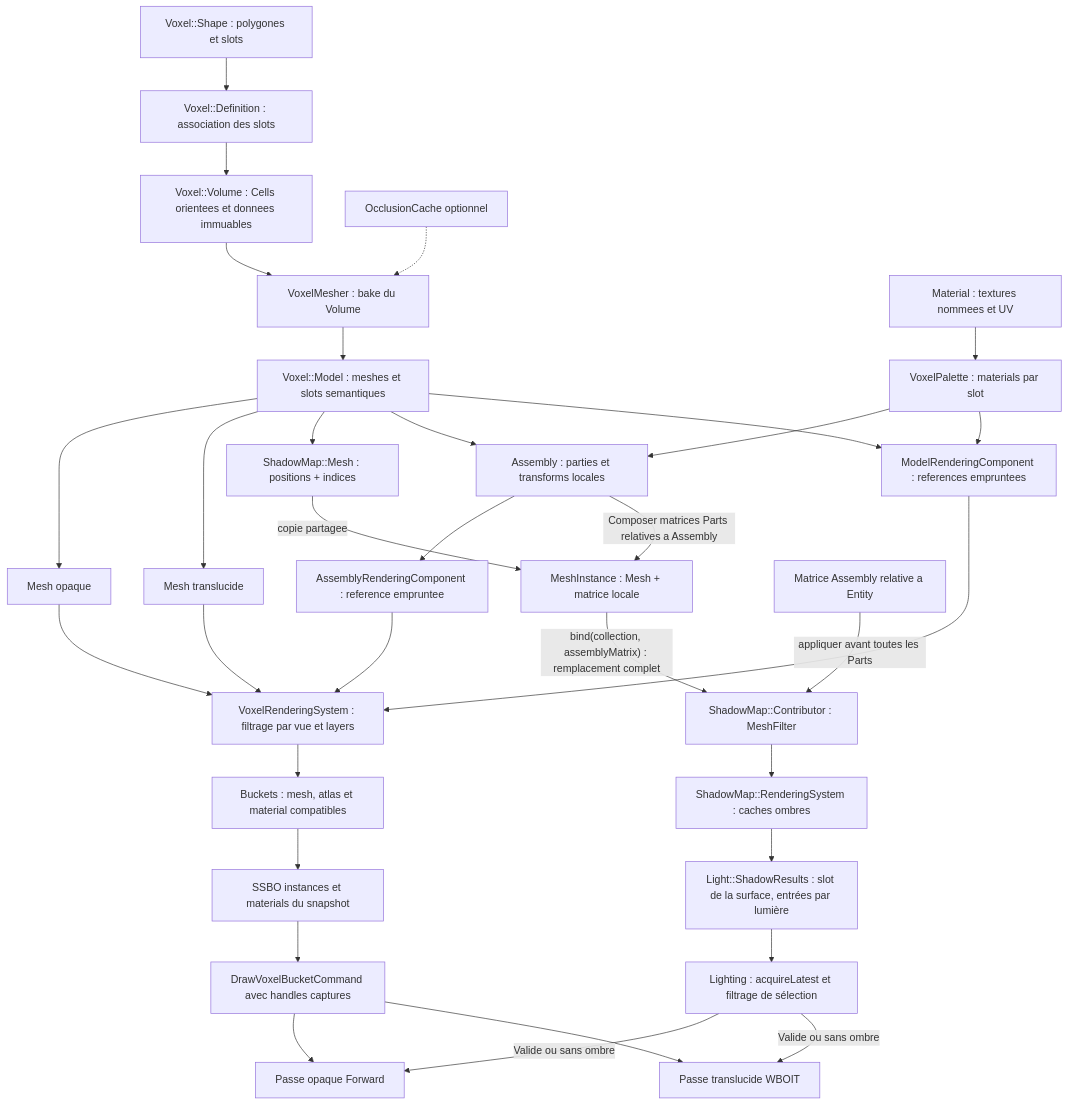
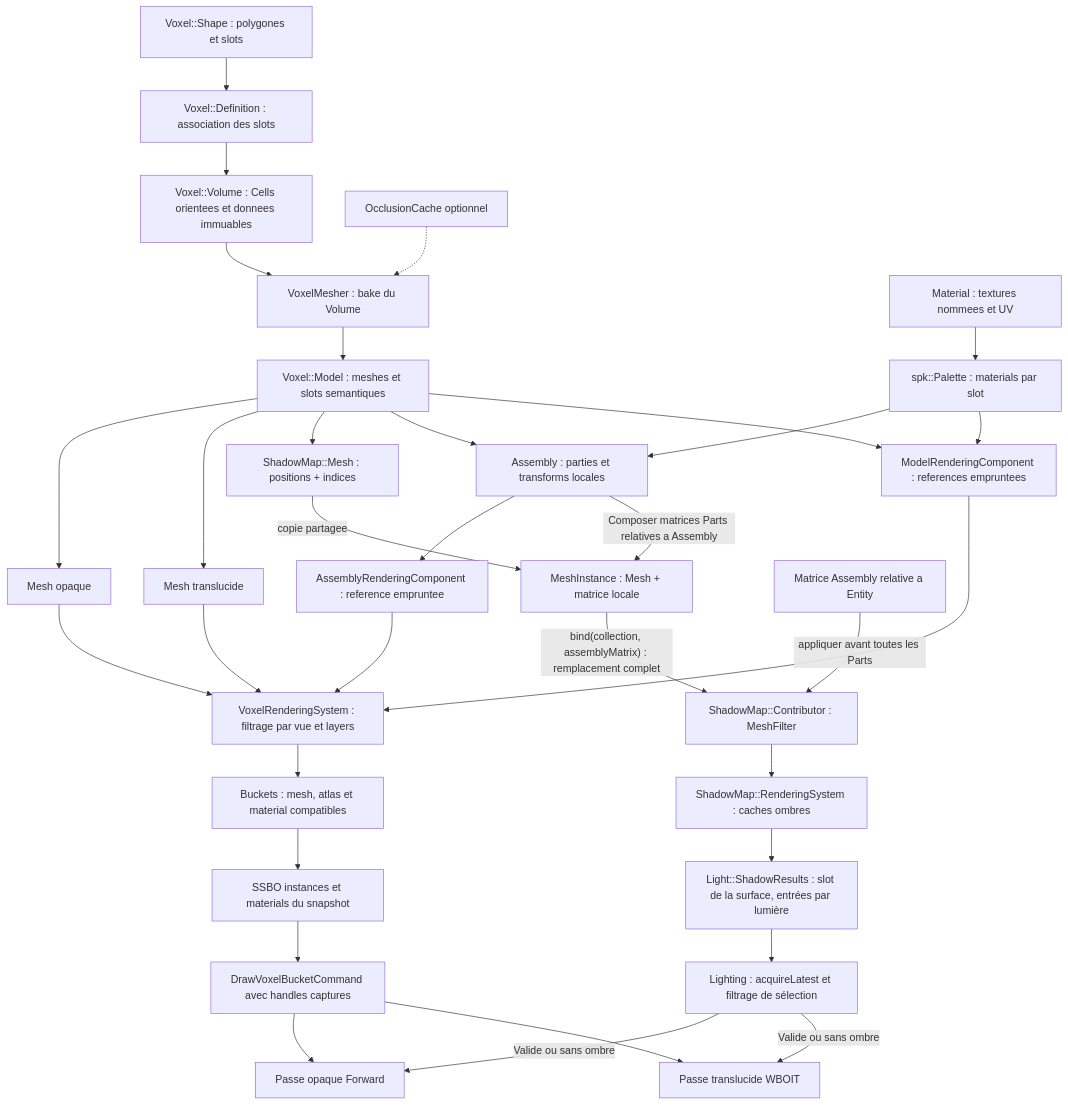
One commit to EreliaStudio/Sparkle changed diagram 20 of 20 in docs/voxel-engine-v0.1.4/08-lumieres-et-ombres.md. Above: the diagram before and after it, drawn with Mermaid. The commit also changed 16 other files, not shown here.

Commit message:
PR-07 — Palette générique et Builder voxel avec validation (#48)

````diff
--- a/docs/voxel-engine-v0.1.4/08-lumieres-et-ombres.md
+++ b/docs/voxel-engine-v0.1.4/08-lumieres-et-ombres.md
@@ -801,35 +801,35 @@
 ```mermaid
 flowchart TD
     Shape["Voxel::Shape : polygones et slots"] --> Definition["Voxel::Definition : association des slots"]
     Definition --> Volume["Voxel::Volume : Cells orientees et donnees immuables"]
     Volume --> Mesher["VoxelMesher : bake du Volume"]
     Occlusion["OcclusionCache optionnel"] -.-> Mesher
     Mesher --> Model["Voxel::Model : meshes et slots semantiques"]
     Model --> Opaque["Mesh opaque"]
     Model --> Translucent["Mesh translucide"]
     Model --> ShadowDepth["ShadowMap::Mesh : positions + indices"]
-    Material["Material : textures nommees et UV"] --> Palette["VoxelPalette : materials par slot"]
+    Material["Material : textures nommees et UV"] --> Palette["spk::Palette : materials par slot"]
     Model --> Assembly["Assembly : parties et transforms locales"]
     Palette --> Assembly
     Model --> ModelComp["ModelRenderingComponent : references empruntees"]
     Palette --> ModelComp
     Assembly --> AssemblyComp["AssemblyRenderingComponent : reference empruntee"]
     ModelComp --> VR["VoxelRenderingSystem : filtrage par vue et layers"]
     AssemblyComp --> VR
     Opaque --> VR
     Translucent --> VR
     VR --> Buckets["Buckets : mesh, atlas et material compatibles"]
     Buckets --> SSBO["SSBO instances et materials du snapshot"]
     SSBO --> Draw["DrawVoxelBucketCommand avec handles captures"]
     Draw --> Forward["Passe opaque Forward"]
     Draw --> WBOIT["Passe translucide WBOIT"]
     ShadowDepth -->|"copie partagee"| MeshPart["MeshInstance : Mesh + matrice locale"]
     Assembly -->|"Composer matrices Parts relatives a Assembly"| MeshPart
     AssemblyMatrix["Matrice Assembly relative a Entity"] -->|"appliquer avant toutes les Parts"| Caster["ShadowMap::Contributor : MeshFilter"]
     MeshPart -->|"bind(collection, assemblyMatrix) : remplacement complet"| Caster
     Caster --> Shadow["ShadowMap::RenderingSystem : caches ombres"]
     Shadow --> Out["Light::ShadowResults : slot de la surface, entrées par lumière"]
     Out --> SurfaceCheck["Lighting : acquireLatest et filtrage de sélection"]
     SurfaceCheck -->|"Valide ou sans ombre"| Forward
     SurfaceCheck -->|"Valide ou sans ombre"| WBOIT
 ```
````
